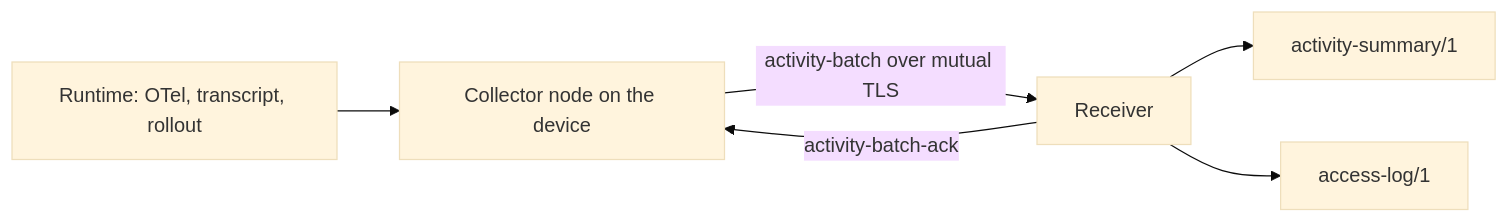
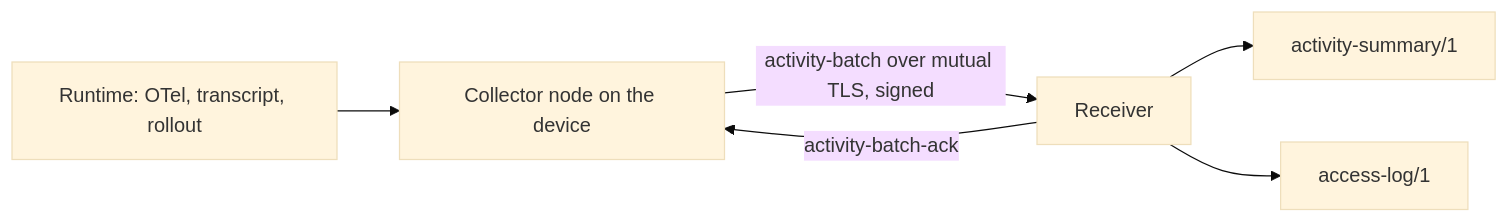
One commit to passioncode-ai/fabric-agent-contract changed the diagram in docs/specification/activity.md. Above: the diagram before and after it, drawn with Mermaid (base theme). The commit also changed other lines of this file and 32 other files, not shown here.

````diff
--- a/docs/specification/activity.md
+++ b/docs/specification/activity.md
@@ -32,8 +32,8 @@
 ```mermaid
 flowchart LR
   R[Runtime: OTel, transcript, rollout] --> C[Collector node on the device]
-  C -- activity-batch over mutual TLS --> S[Receiver]
+  C -- activity-batch over mutual TLS, signed --> S[Receiver]
   S -- activity-batch-ack --> C
   S --> M[activity-summary/1]
   S --> A[access-log/1]
 ```
````
